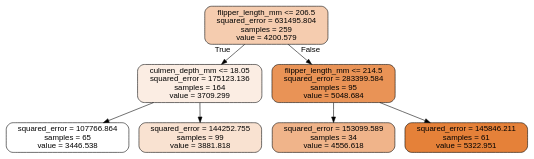
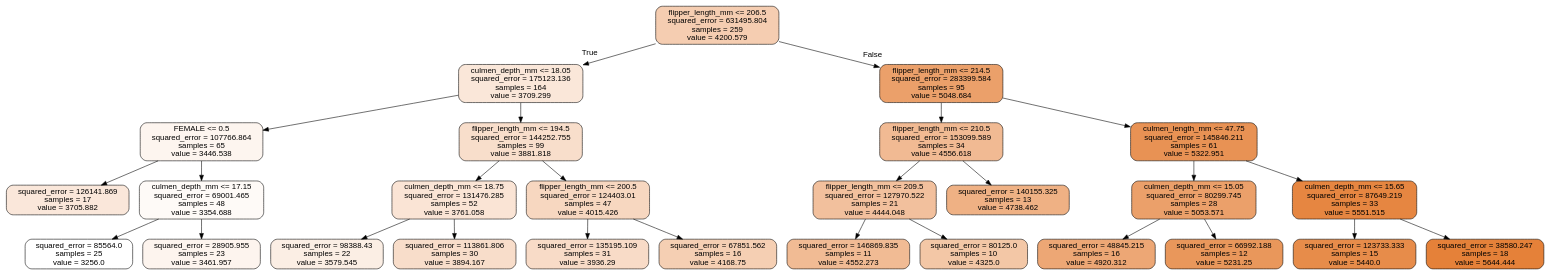
The diagram in 03-Machine_Learning/01-Supervisado/03-Modelos/01-Decision_Trees/images/regression_trees/regression_tree.dot (Pabarkyan/DS_PT_02_2024), drawn with Graphviz before and after one commit. The commit also changed 5 other files, not shown here.

```diff
--- a/03-Machine_Learning/01-Supervisado/03-Modelos/01-Decision_Trees/images/regression_trees/regression_tree.dot
+++ b/03-Machine_Learning/01-Supervisado/03-Modelos/01-Decision_Trees/images/regression_trees/regression_tree.dot
@@ -1,17 +1,57 @@
 digraph Tree {
 node [shape=box, style="filled, rounded", color="black", fontname="helvetica"] ;
 edge [fontname="helvetica"] ;
-0 [label="flipper_length_mm <= 206.5\nsquared_error = 631495.804\nsamples = 259\nvalue = 4200.579", fillcolor="#f5ccaf"] ;
-1 [label="culmen_depth_mm <= 18.05\nsquared_error = 175123.136\nsamples = 164\nvalue = 3709.299", fillcolor="#fbede3"] ;
+0 [label="flipper_length_mm <= 206.5\nsquared_error = 631495.804\nsamples = 259\nvalue = 4200.579", fillcolor="#f5cdb1"] ;
+1 [label="culmen_depth_mm <= 18.05\nsquared_error = 175123.136\nsamples = 164\nvalue = 3709.299", fillcolor="#fae7d9"] ;
 0 -> 1 [labeldistance=2.5, labelangle=45, headlabel="True"] ;
-2 [label="squared_error = 107766.864\nsamples = 65\nvalue = 3446.538", fillcolor="#ffffff"] ;
+2 [label="FEMALE <= 0.5\nsquared_error = 107766.864\nsamples = 65\nvalue = 3446.538", fillcolor="#fdf5ef"] ;
 1 -> 2 ;
-3 [label="squared_error = 144252.755\nsamples = 99\nvalue = 3881.818", fillcolor="#f9e2d1"] ;
-1 -> 3 ;
-4 [label="flipper_length_mm <= 214.5\nsquared_error = 283399.584\nsamples = 95\nvalue = 5048.684", fillcolor="#e99356"] ;
-0 -> 4 [labeldistance=2.5, labelangle=-45, headlabel="False"] ;
-5 [label="squared_error = 153099.589\nsamples = 34\nvalue = 4556.618", fillcolor="#f0b48a"] ;
+3 [label="squared_error = 126141.869\nsamples = 17\nvalue = 3705.882", fillcolor="#fae7da"] ;
+2 -> 3 ;
+4 [label="culmen_depth_mm <= 17.15\nsquared_error = 69001.465\nsamples = 48\nvalue = 3354.688", fillcolor="#fefaf7"] ;
+2 -> 4 ;
+5 [label="squared_error = 85564.0\nsamples = 25\nvalue = 3256.0", fillcolor="#ffffff"] ;
 4 -> 5 ;
-6 [label="squared_error = 145846.211\nsamples = 61\nvalue = 5322.951", fillcolor="#e58139"] ;
+6 [label="squared_error = 28905.955\nsamples = 23\nvalue = 3461.957", fillcolor="#fdf4ee"] ;
 4 -> 6 ;
+7 [label="flipper_length_mm <= 194.5\nsquared_error = 144252.755\nsamples = 99\nvalue = 3881.818", fillcolor="#f8decb"] ;
+1 -> 7 ;
+8 [label="culmen_depth_mm <= 18.75\nsquared_error = 131476.285\nsamples = 52\nvalue = 3761.058", fillcolor="#fae4d5"] ;
+7 -> 8 ;
+9 [label="squared_error = 98388.43\nsamples = 22\nvalue = 3579.545", fillcolor="#fbeee4"] ;
+8 -> 9 ;
+10 [label="squared_error = 113861.806\nsamples = 30\nvalue = 3894.167", fillcolor="#f8ddca"] ;
+8 -> 10 ;
+11 [label="flipper_length_mm <= 200.5\nsquared_error = 124403.01\nsamples = 47\nvalue = 4015.426", fillcolor="#f7d7c0"] ;
+7 -> 11 ;
+12 [label="squared_error = 135195.109\nsamples = 31\nvalue = 3936.29", fillcolor="#f8dbc7"] ;
+11 -> 12 ;
+13 [label="squared_error = 67851.562\nsamples = 16\nvalue = 4168.75", fillcolor="#f5cfb3"] ;
+11 -> 13 ;
+14 [label="flipper_length_mm <= 214.5\nsquared_error = 283399.584\nsamples = 95\nvalue = 5048.684", fillcolor="#eba06a"] ;
+0 -> 14 [labeldistance=2.5, labelangle=-45, headlabel="False"] ;
+15 [label="flipper_length_mm <= 210.5\nsquared_error = 153099.589\nsamples = 34\nvalue = 4556.618", fillcolor="#f1ba93"] ;
+14 -> 15 ;
+16 [label="flipper_length_mm <= 209.5\nsquared_error = 127970.522\nsamples = 21\nvalue = 4444.048", fillcolor="#f2c09d"] ;
+15 -> 16 ;
+17 [label="squared_error = 146869.835\nsamples = 11\nvalue = 4552.273", fillcolor="#f1bb94"] ;
+16 -> 17 ;
+18 [label="squared_error = 80125.0\nsamples = 10\nvalue = 4325.0", fillcolor="#f3c7a6"] ;
+16 -> 18 ;
+19 [label="squared_error = 140155.325\nsamples = 13\nvalue = 4738.462", fillcolor="#efb184"] ;
+15 -> 19 ;
+20 [label="culmen_length_mm <= 47.75\nsquared_error = 145846.211\nsamples = 61\nvalue = 5322.951", fillcolor="#e89254"] ;
+14 -> 20 ;
+21 [label="culmen_depth_mm <= 15.05\nsquared_error = 80299.745\nsamples = 28\nvalue = 5053.571", fillcolor="#eba06a"] ;
+20 -> 21 ;
+22 [label="squared_error = 48845.215\nsamples = 16\nvalue = 4920.312", fillcolor="#eda775"] ;
+21 -> 22 ;
+23 [label="squared_error = 66992.188\nsamples = 12\nvalue = 5231.25", fillcolor="#e9975b"] ;
+21 -> 23 ;
+24 [label="culmen_depth_mm <= 15.65\nsquared_error = 87649.219\nsamples = 33\nvalue = 5551.515", fillcolor="#e68641"] ;
+20 -> 24 ;
+25 [label="squared_error = 123733.333\nsamples = 15\nvalue = 5440.0", fillcolor="#e78c4a"] ;
+24 -> 25 ;
+26 [label="squared_error = 38580.247\nsamples = 18\nvalue = 5644.444", fillcolor="#e58139"] ;
+24 -> 26 ;
 }
```
